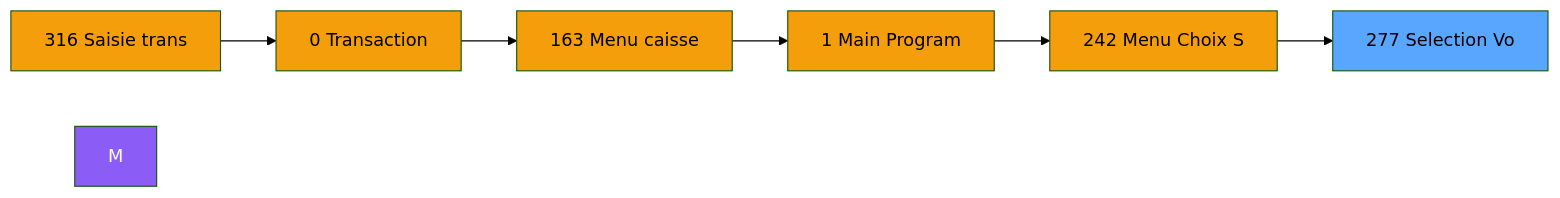
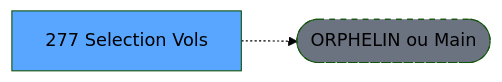
Before and after one commit to thonyAGP/lecteur-magic: the second of 3 diagrams in .openspec/renders/ADH-IDE-277.md, drawn with Mermaid (forest theme). The commit also changed other lines of this file and 701 other files, not shown here.

````diff
--- a/.openspec/renders/ADH-IDE-277.md
+++ b/.openspec/renders/ADH-IDE-277.md
@@ -124,21 +117,8 @@
 ```mermaid
 graph LR
-    N316[316 Saisie trans]
-    N0[0 Transaction ]
-    N163[163 Menu caisse ]
-    N1[1 Main Program]
-    N242[242 Menu Choix S]
-    T[277 Selection Vo]
-    N316 --> N0
-    N0 --> N163
-    N163 --> N1
-    N1 --> N242
-    N242 --> T
-    style M fill:#8b5cf6,color:#fff
-    style N316 fill:#f59e0b
-    style N0 fill:#f59e0b
-    style N163 fill:#f59e0b
-    style N1 fill:#f59e0b
-    style N242 fill:#f59e0b
+    T[277 Selection Vols ]
+    ORPHAN([ORPHELIN ou Main])
+    T -.-> ORPHAN
     style T fill:#58a6ff,color:#000
+    style ORPHAN fill:#6b7280,stroke-dasharray: 5 5
 ```
````
